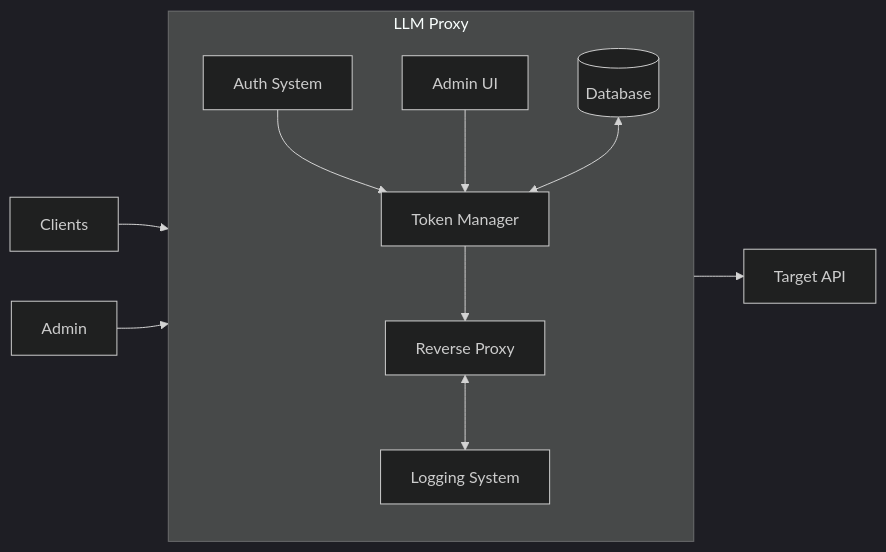
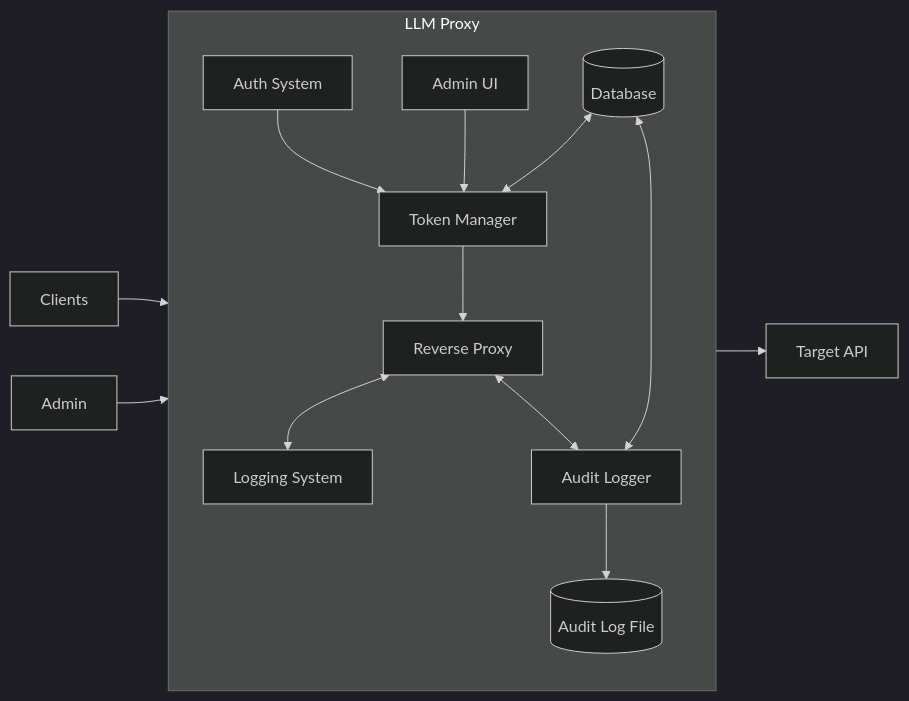
One commit to sofatutor/llm-proxy changed the first of 8 diagrams in docs/architecture.md. Above: the diagram before and after it, drawn with Mermaid (dark theme). The commit also changed other lines of this file and 4 other files, not shown here.

````diff
--- a/docs/architecture.md
+++ b/docs/architecture.md
@@ -38,15 +38,18 @@
 ```mermaid
 flowchart LR
     Clients["Clients"] --> Proxy
     Admin["Admin"] --> Proxy
     
     subgraph Proxy["LLM Proxy"]
         AuthSystem["Auth System"] --> TokenManager["Token Manager"]
         TokenManager --> ReverseProxy["Reverse Proxy"]
         ReverseProxy <--> LoggingSystem["Logging System"]
+        ReverseProxy <--> AuditLogger["Audit Logger"]
         AdminUI["Admin UI"] --> TokenManager
         DB[("Database")] <--> TokenManager
+        DB <--> AuditLogger
+        AuditLogger --> AuditFile[("Audit Log File")]
     end
     
     Proxy --> API["Target API"]
 ```
````
